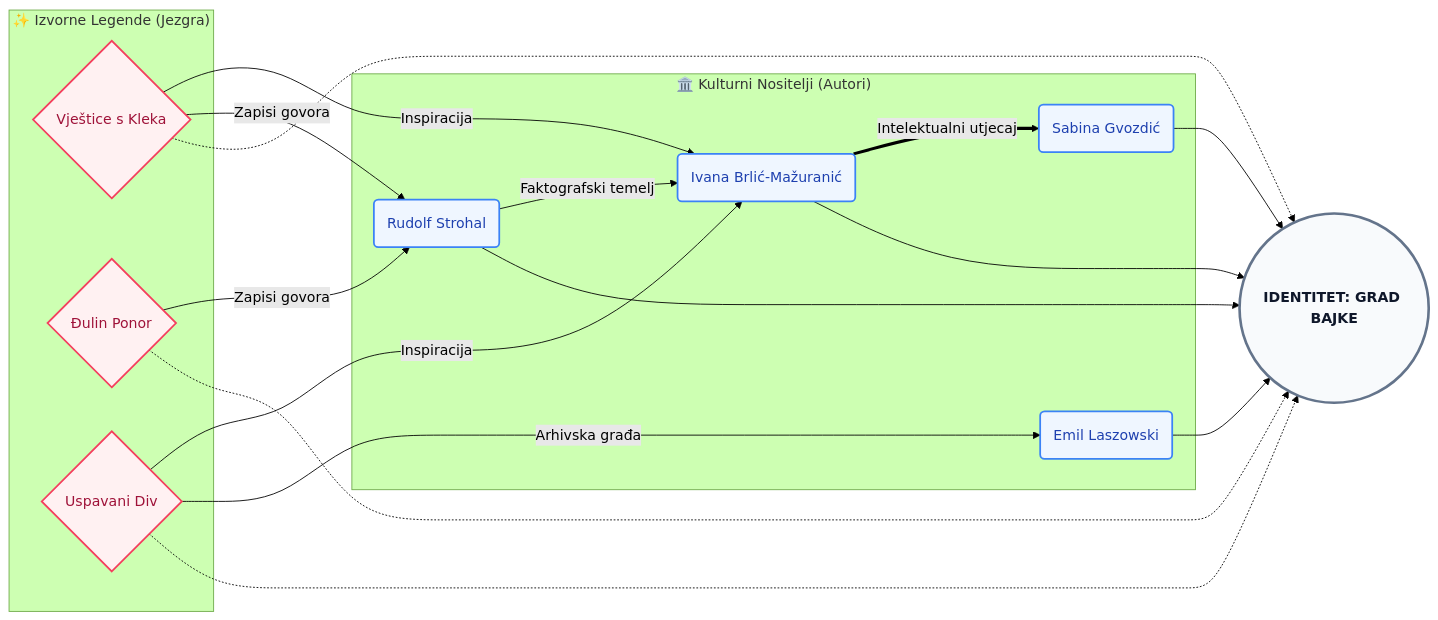
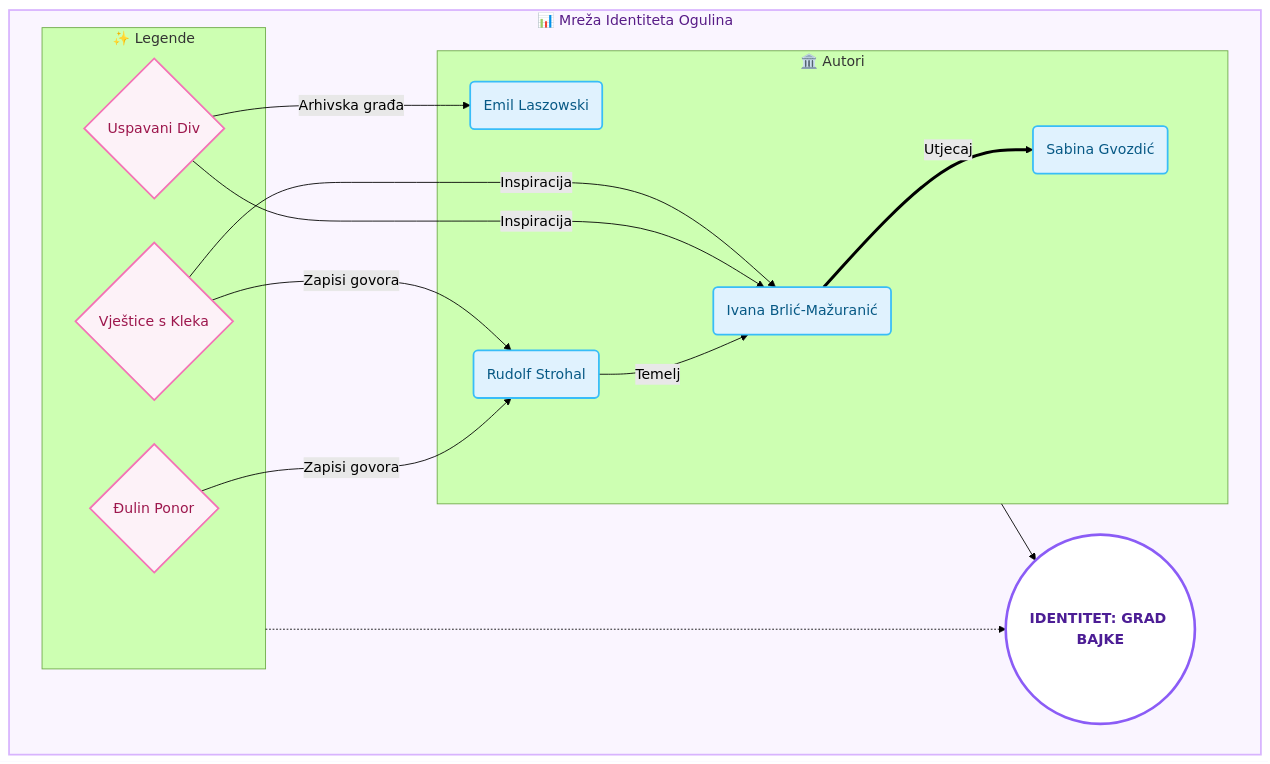
Before and after one commit to izabelabalon22-ship-it/Mre-a-veza-ogulinskih-autora: the diagram in report/report_1.md, drawn with Mermaid (forest theme). The commit also changed other lines of this file, not shown here.

Commit message:
feat(report): Enhance data visualization and AI integration
Updated the report to include a light purple background for improved visualization clarity. Also, refined the description of AI's role in detecting implicit connections through symbol interpretation and the recognition of the Ogulin fairy tale circle's vocabulary and motifs.

````diff
--- a/report/report_1.md
+++ b/report/report_1.md
@@ -39,35 +39,39 @@
 ```mermaid
-graph LR
-    %% Definiranje čvorova sa simbolima
-    subgraph S1 ["🏛️ Kulturni Nositelji (Autori)"]
-        IBM(Ivana Brlić-Mažuranić):::blueNode
-        HIS(Emil Laszowski):::blueNode
-        STR(Rudolf Strohal):::blueNode
-        SUV(Sabina Gvozdić):::blueNode
+graph TD
+    subgraph Mreža ["📊 Mreža Identiteta Ogulina"]
+        direction LR
+        
+        subgraph S1 ["🏛️ Autori"]
+            IBM(Ivana Brlić-Mažuranić):::blueNode
+            HIS(Emil Laszowski):::blueNode
+            STR(Rudolf Strohal):::blueNode
+            SUV(Sabina Gvozdić):::blueNode
+        end
+
+        subgraph S2 ["✨ Legende"]
+            L1{Vještice s Kleka}:::pinkNode
+            L2{Đulin Ponor}:::pinkNode
+            L3{Uspavani Div}:::pinkNode
+        end
+
+        %% Relacije
+        L1 & L3 -- "Inspiracija" --> IBM
+        L3 -- "Arhivska građa" --> HIS
+        L1 & L2 -- "Zapisi govora" --> STR
+        
+        STR -- "Temelj" --> IBM
+        IBM == "Utjecaj" ==> SUV
+        
+        %% Rezultat
+        IDB((IDENTITET: GRAD BAJKE)):::idNode
+        
+        S1 --> IDB
+        S2 -.-> IDB
     end
 
-    subgraph S2 ["✨ Izvorne Legende (Jezgra)"]
-        L1{Vještice s Kleka}:::pinkNode
-        L2{Đulin Ponor}:::pinkNode
-        L3{Uspavani Div}:::pinkNode
-    end
-
-    %% Relacije i tokovi utjecaja (optimizirano za LR prikaz)
-    L1 & L3 -- "Inspiracija" --> IBM
-    L3 -- "Arhivska građa" --> HIS
-    L1 & L2 -- "Zapisi govora" --> STR
-    
-    STR -- "Faktografski temelj" --> IBM
-    IBM == "Intelektualni utjecaj" ==> SUV
-    
-    %% Konačni identitetski izlaz
-    IDB((IDENTITET: GRAD BAJKE)):::idNode
-    
-    IBM & HIS & STR & SUV --> IDB
-    L1 & L2 & L3 -.-> IDB
-
-    %% Stilovi (Svijetlo plava i Svijetlo roza)
-    classDef blueNode fill:#eff6ff,stroke:#3b82f6,stroke-width:2px,color:#1e40af;
-    classDef pinkNode fill:#fff1f2,stroke:#f43f5e,stroke-width:2px,color:#9f1239;
-    classDef idNode fill:#f8fafc,stroke:#64748b,stroke-width:3px,color:#0f172a,font-weight:bold;
+    %% Stilovi
+    style Mreža fill:#faf5ff,stroke:#d8b4fe,stroke-width:2px,color:#581c87
+    classDef blueNode fill:#e0f2fe,stroke:#38bdf8,stroke-width:2px,color:#075985
+    classDef pinkNode fill:#fdf2f8,stroke:#f472b6,stroke-width:2px,color:#9d174d
+    classDef idNode fill:#ffffff,stroke:#8b5cf6,stroke-width:3px,color:#4c1d95,font-weight:bold
 ```
````
